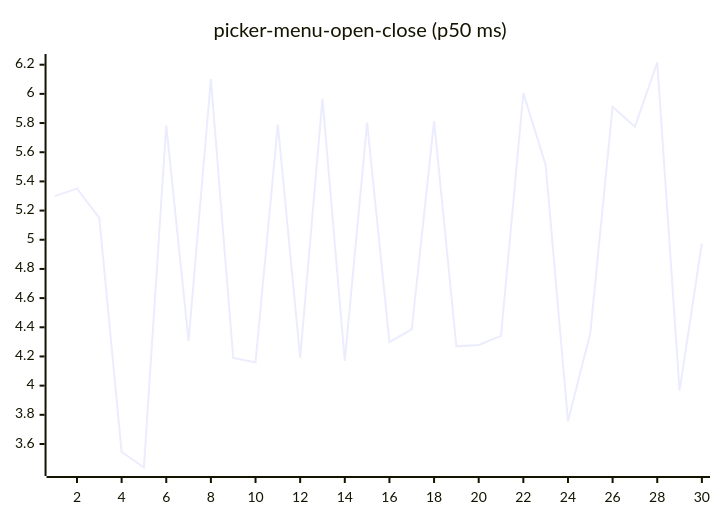
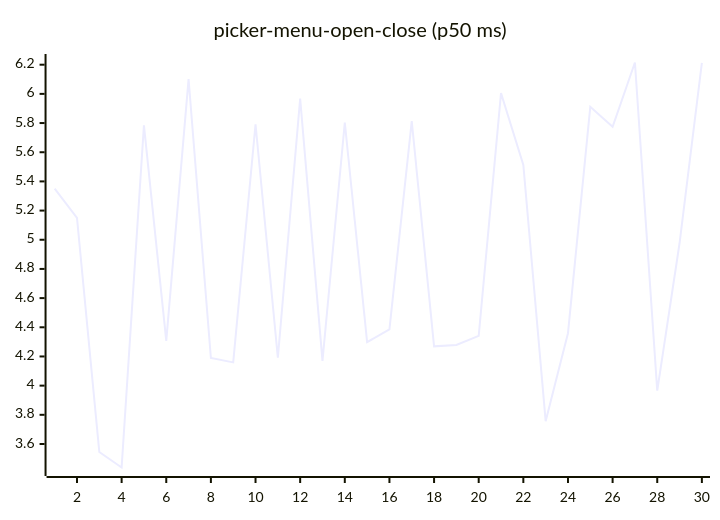
One commit to josha/Facet changed diagram 16 of 27 in README.md. Above: the diagram before and after it, drawn with Mermaid. The commit also changed other lines of this file and 2 other files, not shown here.

````diff
--- a/README.md
+++ b/README.md
@@ -168,6 +168,6 @@
 ```mermaid
 xychart-beta
     title "picker-menu-open-close (p50 ms)"
     x-axis 1 --> 30
-    line [5.2994, 5.3502, 5.1493, 3.5447, 3.4388, 5.7846, 4.3066, 6.1012, 4.1897, 4.1591, 5.7919, 4.1912, 5.9674, 4.1698, 5.8037, 4.2981, 4.3851, 5.8139, 4.2694, 4.2792, 4.3416, 6.0052, 5.5122, 3.7566, 4.3593, 5.9114, 5.7740, 6.2151, 3.9652, 4.9760]
+    line [5.3502, 5.1493, 3.5447, 3.4388, 5.7846, 4.3066, 6.1012, 4.1897, 4.1591, 5.7919, 4.1912, 5.9674, 4.1698, 5.8037, 4.2981, 4.3851, 5.8139, 4.2694, 4.2792, 4.3416, 6.0052, 5.5122, 3.7566, 4.3593, 5.9114, 5.7740, 6.2151, 3.9652, 4.9760, 6.2132]
 ```
````
